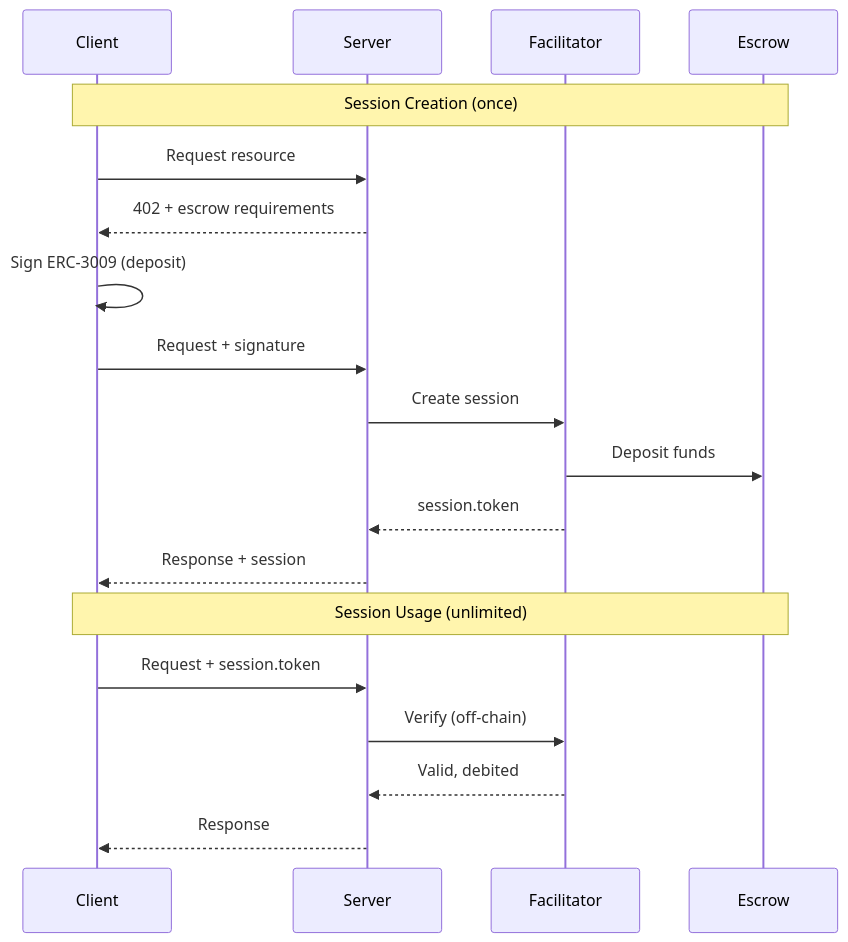
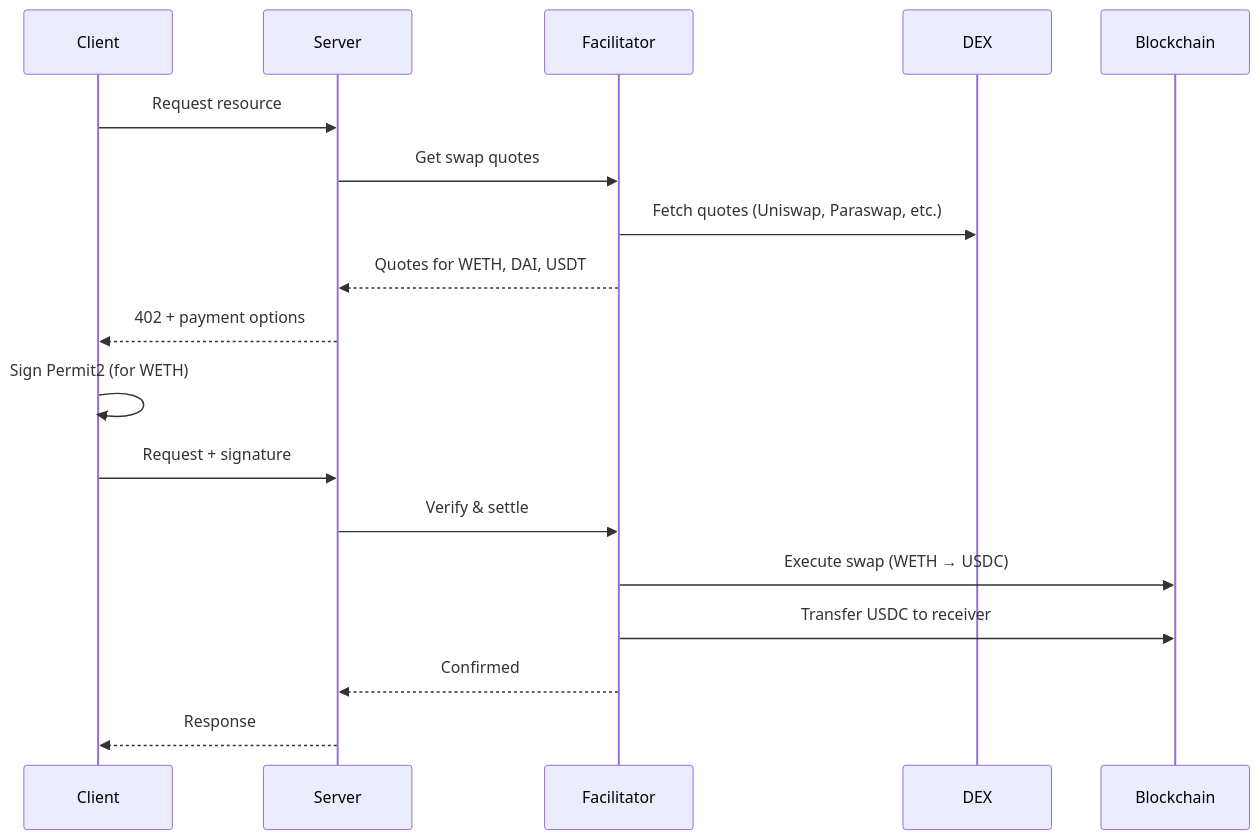
The second of 2 diagrams in x402/introduction.mdx (Agentokratia/docs), drawn with Mermaid before and after one commit. The commit also changed other lines of this file and 7 other files, not shown here.

````diff
--- a/x402/introduction.mdx
+++ b/x402/introduction.mdx
@@ -221,23 +227,21 @@
 ```mermaid
 sequenceDiagram
     participant Client
     participant Server
     participant Facilitator
-    participant Escrow
+    participant DEX
+    participant Blockchain
 
-    Note over Client,Escrow: Session Creation (once)
     Client->>Server: Request resource
-    Server-->>Client: 402 + escrow requirements
-    Client->>Client: Sign ERC-3009 (deposit)
+    Server->>Facilitator: Get swap quotes
+    Facilitator->>DEX: Fetch quotes (Uniswap, Paraswap, etc.)
+    Facilitator-->>Server: Quotes for WETH, DAI, USDT
+    Server-->>Client: 402 + payment options
+    Client->>Client: Sign Permit2 (for WETH)
     Client->>Server: Request + signature
-    Server->>Facilitator: Create session
-    Facilitator->>Escrow: Deposit funds
-    Facilitator-->>Server: session.token
-    Server-->>Client: Response + session
-
-    Note over Client,Escrow: Session Usage (unlimited)
-    Client->>Server: Request + session.token
-    Server->>Facilitator: Verify (off-chain)
-    Facilitator-->>Server: Valid, debited
+    Server->>Facilitator: Verify & settle
+    Facilitator->>Blockchain: Execute swap (WETH → USDC)
+    Facilitator->>Blockchain: Transfer USDC to receiver
+    Facilitator-->>Server: Confirmed
     Server-->>Client: Response
 ```
````
